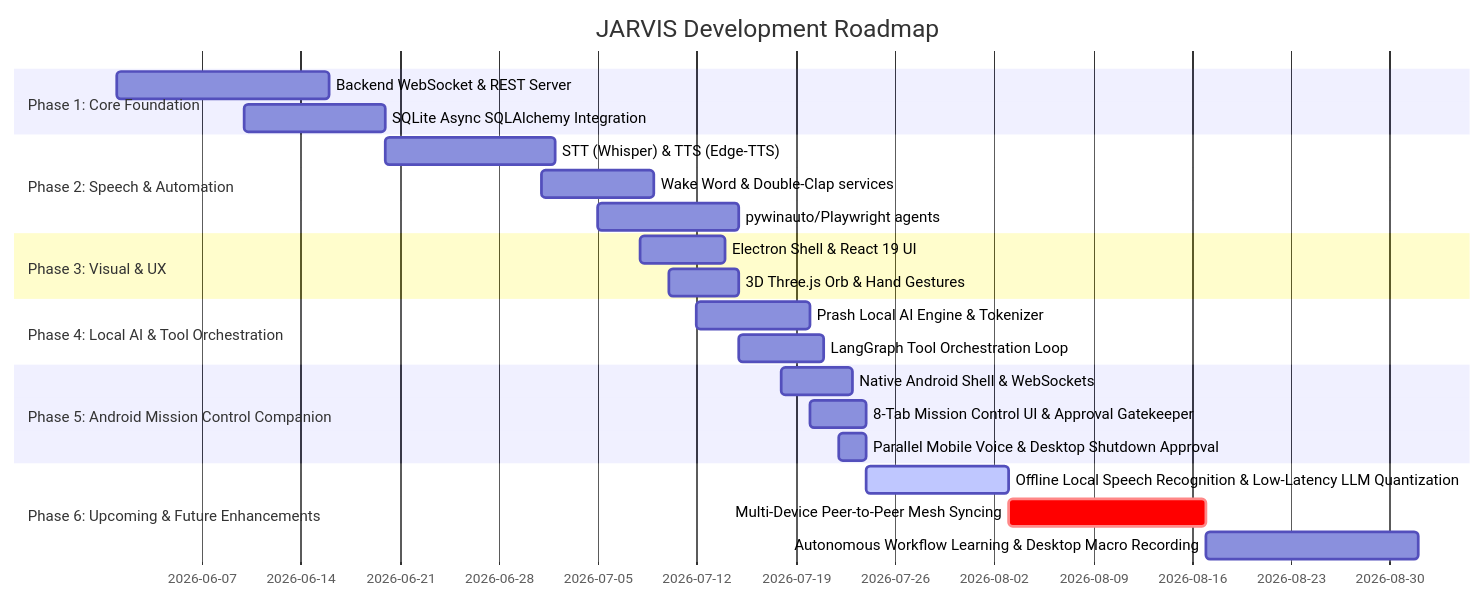
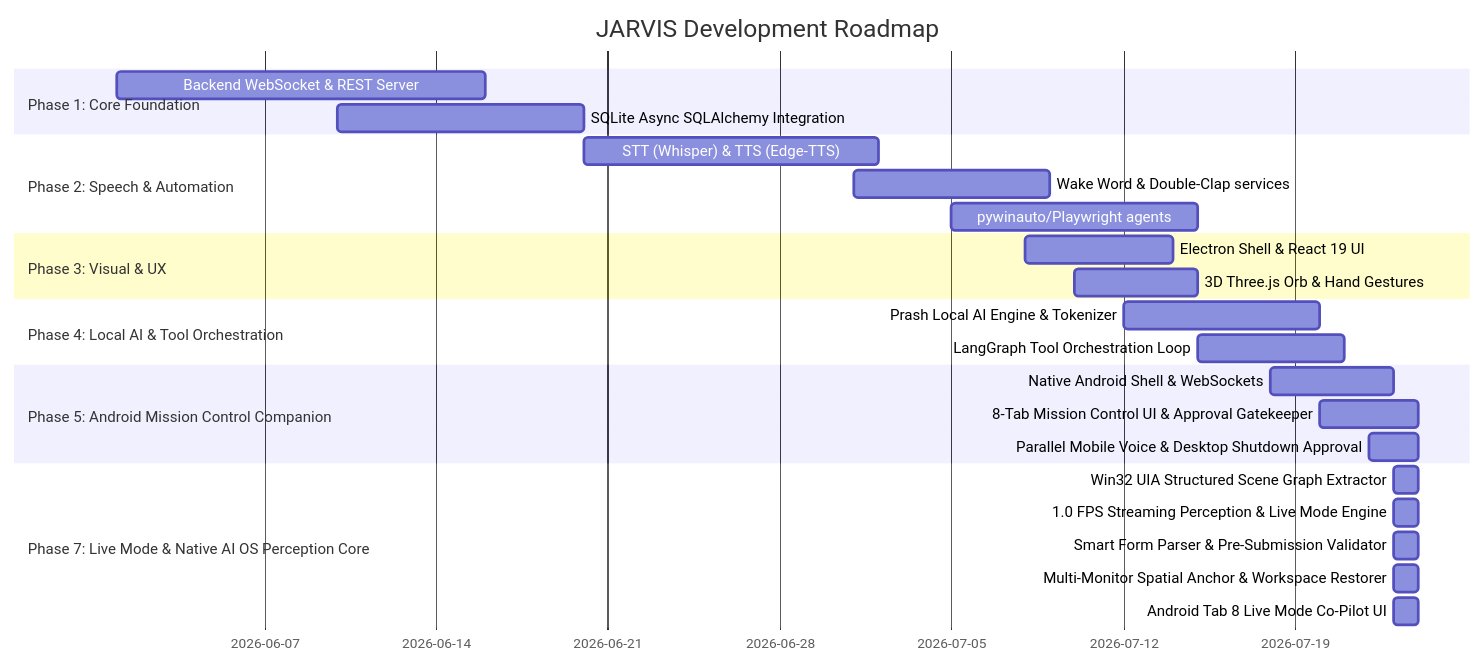
The diagram in documentations/uptodate.md (Ashrit-Raghupatruni/JARVIS), drawn with Mermaid before and after one commit. The commit also changed 49 other files, not shown here.

Commit message:
feat: Live Mode AI Screen Assistant, Native Win32 UIA Perception, Mobile Security Gatekeeper Shutdown Approval, and Battery Alerts

````diff
--- a/documentations/uptodate.md
+++ b/documentations/uptodate.md
@@ -9,26 +9,28 @@
 ```mermaid
 gantt
     title JARVIS Development Roadmap
     dateFormat  YYYY-MM-DD
     section Phase 1: Core Foundation
     Backend WebSocket & REST Server :completed, 2026-06-01, 15d
     SQLite Async SQLAlchemy Integration :completed, 2026-06-10, 10d
     section Phase 2: Speech & Automation
     STT (Whisper) & TTS (Edge-TTS) :completed, 2026-06-20, 12d
     Wake Word & Double-Clap services :completed, 2026-07-01, 8d
     pywinauto/Playwright agents :completed, 2026-07-05, 10d
     section Phase 3: Visual & UX
     Electron Shell & React 19 UI :completed, 2026-07-08, 6d
     3D Three.js Orb & Hand Gestures :completed, 2026-07-10, 5d
     section Phase 4: Local AI & Tool Orchestration
     Prash Local AI Engine & Tokenizer :completed, 2026-07-12, 8d
     LangGraph Tool Orchestration Loop :completed, 2026-07-15, 6d
     section Phase 5: Android Mission Control Companion
     Native Android Shell & WebSockets :completed, 2026-07-18, 5d
     8-Tab Mission Control UI & Approval Gatekeeper :completed, 2026-07-20, 4d
     Parallel Mobile Voice & Desktop Shutdown Approval :completed, 2026-07-22, 2d
-    section Phase 6: Upcoming & Future Enhancements
-    Offline Local Speech Recognition & Low-Latency LLM Quantization :active, 2026-07-24, 10d
-    Multi-Device Peer-to-Peer Mesh Syncing :crit, 2026-08-03, 14d
-    Autonomous Workflow Learning & Desktop Macro Recording :2026-08-17, 15d
+    section Phase 7: Live Mode & Native AI OS Perception Core
+    Win32 UIA Structured Scene Graph Extractor :completed, 2026-07-23, 1d
+    1.0 FPS Streaming Perception & Live Mode Engine :completed, 2026-07-23, 1d
+    Smart Form Parser & Pre-Submission Validator :completed, 2026-07-23, 1d
+    Multi-Monitor Spatial Anchor & Workspace Restorer :completed, 2026-07-23, 1d
+    Android Tab 8 Live Mode Co-Pilot UI :completed, 2026-07-23, 1d
 ```
````
